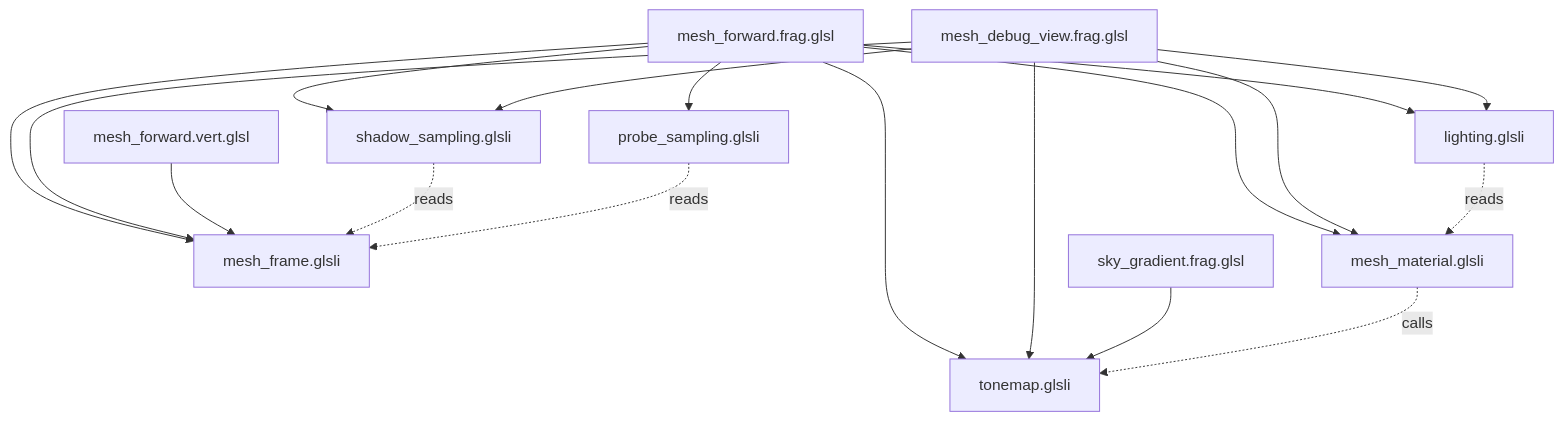
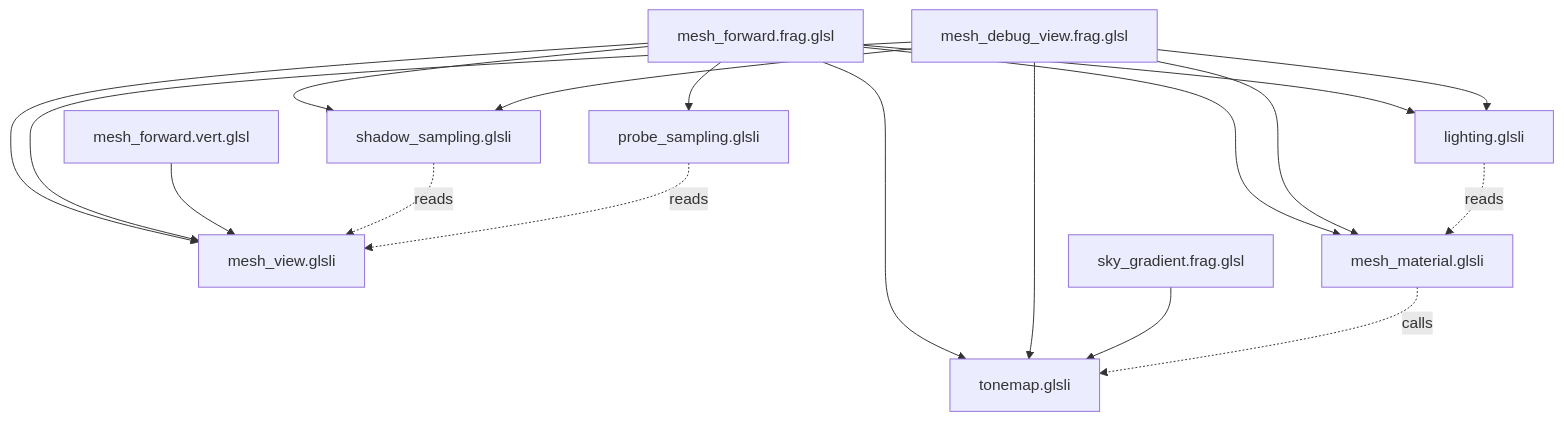
One commit to GavynBryan/Sencha changed the diagram in docs/renderer/shaders.md. Above: the diagram before and after it, drawn with Mermaid. The commit also changed other lines of this file and 19 other files, not shown here.

````diff
--- a/docs/renderer/shaders.md
+++ b/docs/renderer/shaders.md
@@ -29,20 +29,20 @@
 ```mermaid
 graph TD
-  frag[mesh_forward.frag.glsl] --> frame[mesh_frame.glsli]
+  frag[mesh_forward.frag.glsl] --> frame[mesh_view.glsli]
   frag --> shadow[shadow_sampling.glsli]
   frag --> probe[probe_sampling.glsli]
   frag --> tone[tonemap.glsli]
   frag --> mat[mesh_material.glsli]
   frag --> light[lighting.glsli]
   dbg[mesh_debug_view.frag.glsl] --> frame
   dbg --> shadow
   dbg --> tone
   dbg --> mat
   dbg --> light
   vert[mesh_forward.vert.glsl] --> frame
   sky[sky_gradient.frag.glsl] --> tone
   shadow -.reads.-> frame
   probe -.reads.-> frame
   light -.reads.-> mat
   mat -.calls.-> tone
 ```
````
